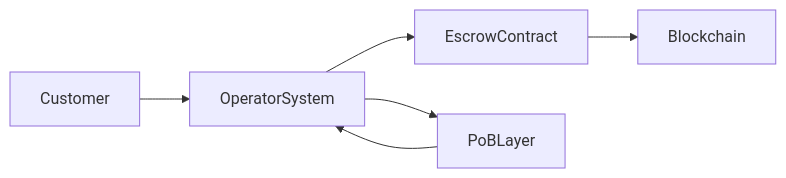
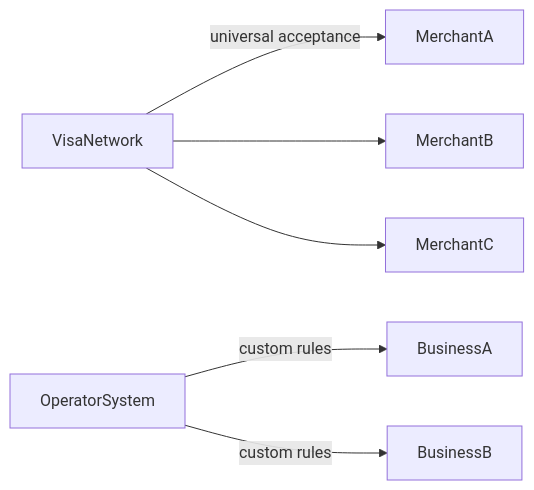
The sixth of 6 diagrams in PoB_Tier1_White_Paper.md (zkloop/public), drawn with Mermaid before and after one commit. The commit also changed other lines of this file, not shown here.

````diff
--- a/PoB_Tier1_White_Paper.md
+++ b/PoB_Tier1_White_Paper.md
@@ -40,5 +306,9 @@
 ```mermaid
 flowchart LR
-    Customer --> OperatorSystem --> EscrowContract --> Blockchain
-    OperatorSystem --> PoBLayer --> OperatorSystem
+    VisaNetwork -->|universal acceptance| MerchantA
+    VisaNetwork --> MerchantB
+    VisaNetwork --> MerchantC
+
+    OperatorSystem -->|custom rules| BusinessA
+    OperatorSystem -->|custom rules| BusinessB
 ```
````
